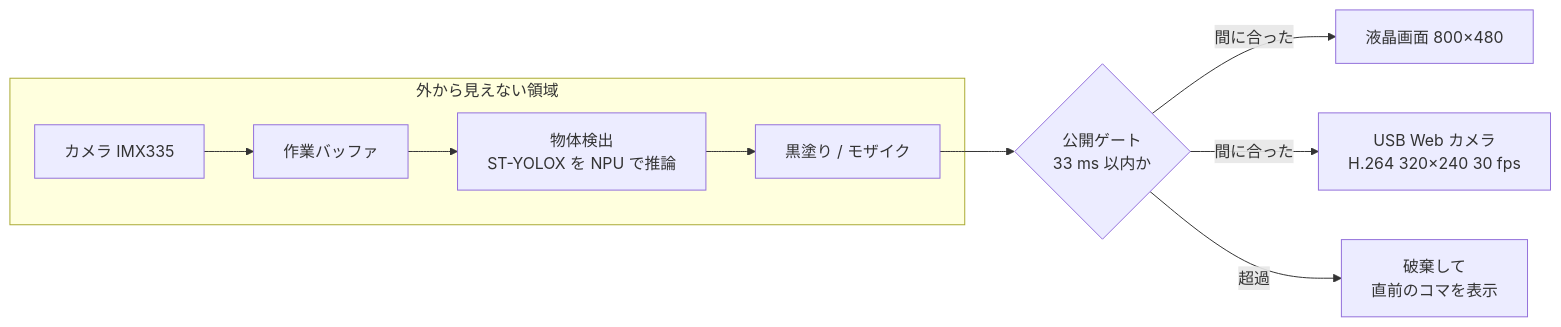
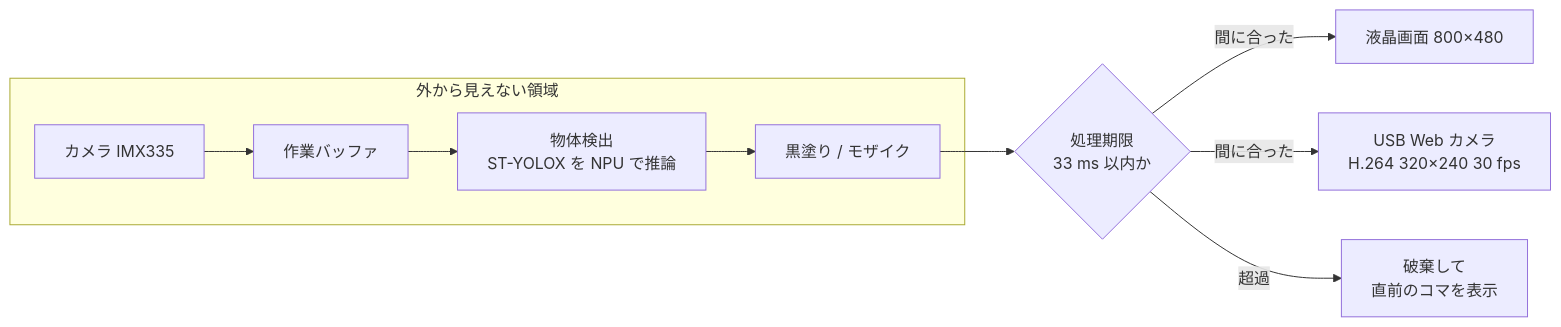
The diagram in README.md (tut-cc/saframe-stm32), drawn with Mermaid before and after one commit.

Commit message:
Update gate description in README.md

````diff
--- a/README.md
+++ b/README.md
@@ -21,12 +21,12 @@
 ```mermaid
 flowchart LR
   subgraph private["外から見えない領域"]
     cam["カメラ IMX335"] --> buf["作業バッファ"]
     buf --> nn["物体検出<br/>ST-YOLOX を NPU で推論"]
     nn --> filt["黒塗り / モザイク"]
   end
-  filt --> gate{"公開ゲート<br/>33 ms 以内か"}
+  filt --> gate{"処理期限<br/>33 ms 以内か"}
   gate -- "間に合った" --> lcd["液晶画面 800×480"]
   gate -- "間に合った" --> usb["USB Web カメラ<br/>H.264 320×240 30 fps"]
   gate -- "超過" --> drop["破棄して<br/>直前のコマを表示"]
 ```
````
